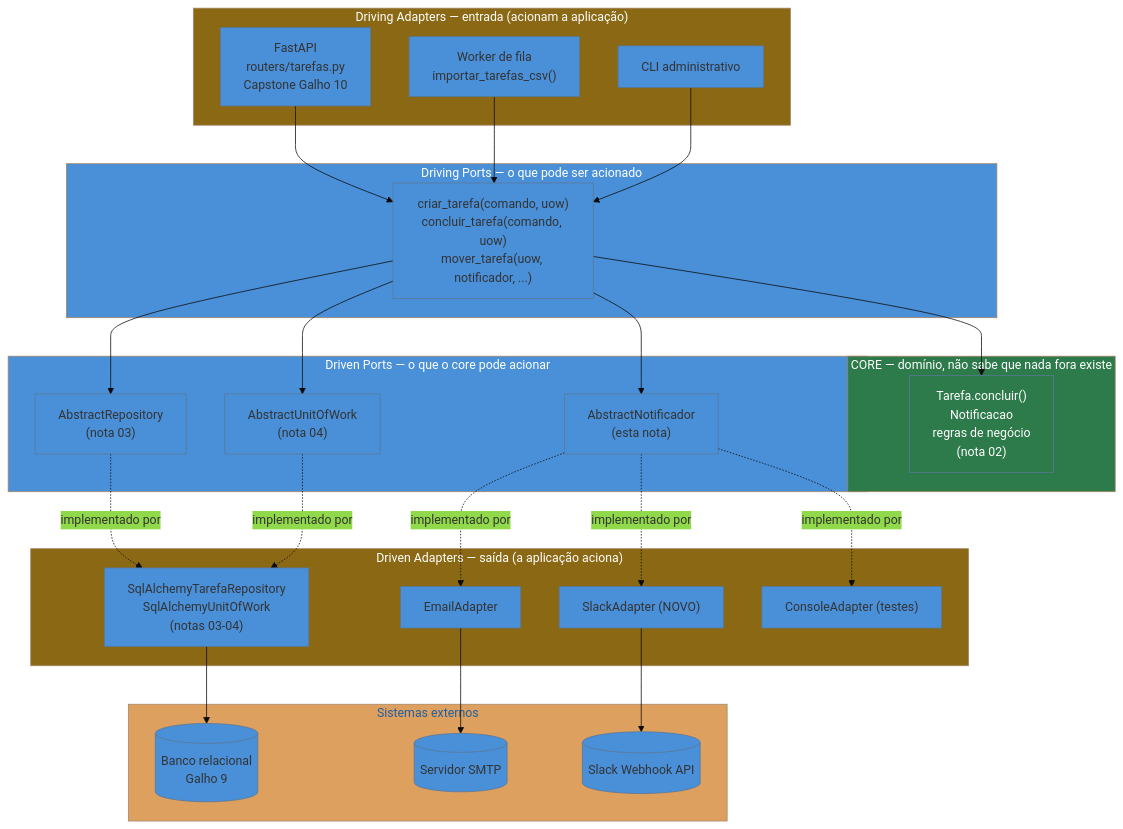
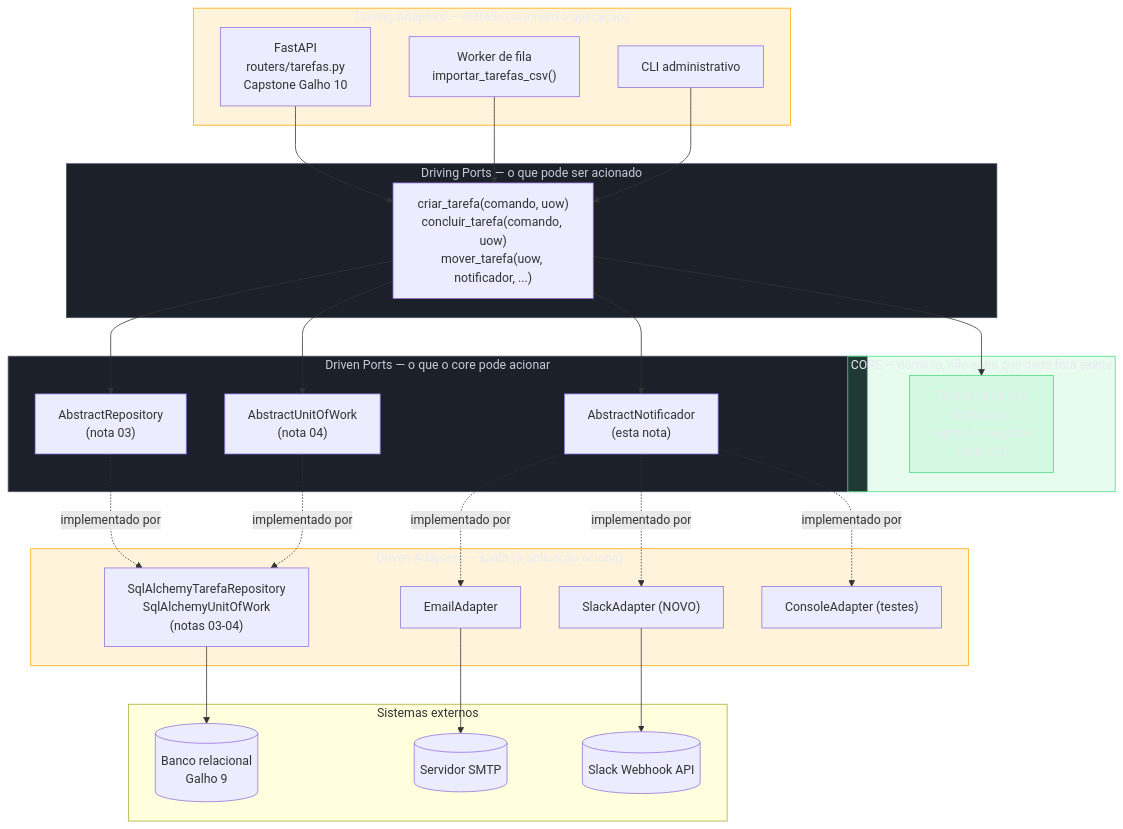
Before and after one commit to josenaldo/codex-technomanticus: the first of 2 diagrams in 03-Dominios/Tecnologia/Python/Arquitetura e Design Patterns/07 - Arquitetura hexagonal e Ports and Adapters em Python.md, drawn with Mermaid. The commit also changed 1181 other files, not shown here.

First line of the commit message:
fix(diagramas): paleta do sistema no lugar de cor cravada no markdown

````diff
--- a/03-Dominios/Tecnologia/Python/Arquitetura e Design Patterns/07 - Arquitetura hexagonal e Ports and Adapters em Python.md
+++ b/03-Dominios/Tecnologia/Python/Arquitetura e Design Patterns/07 - Arquitetura hexagonal e Ports and Adapters em Python.md
@@ -278,61 +278,63 @@
 ```mermaid
-%%{init: {"theme": "base", "themeVariables": {"primaryColor": "#4A90D9"}}}%%
 flowchart TB
+    classDef ok fill:#4ADE8021,stroke:#4ADE80,color:#E9ECF2
+    classDef neutro fill:#1B2029,stroke:#4E5666,color:#C6CCD8
+    classDef destaque fill:#FFAA0024,stroke:#FFAA00,color:#E9ECF2
     subgraph DrivingAdapters["Driving Adapters — entrada (acionam a aplicação)"]
         HTTP["FastAPI\nrouters/tarefas.py\nCapstone Galho 10"]
         WORKER["Worker de fila\nimportar_tarefas_csv()"]
         CLI["CLI administrativo"]
     end
 
     subgraph DrivingPorts["Driving Ports — o que pode ser acionado"]
         UC["criar_tarefa(comando, uow)\nconcluir_tarefa(comando, uow)\nmover_tarefa(uow, notificador, ...)"]
     end
 
     subgraph Core["CORE — domínio, não sabe que nada fora existe"]
         ENT["Tarefa.concluir()\nNotificacao\nregras de negócio\n(nota 02)"]
     end
 
     subgraph DrivenPorts["Driven Ports — o que o core pode acionar"]
         REPO_PORT["AbstractRepository\n(nota 03)"]
         UOW_PORT["AbstractUnitOfWork\n(nota 04)"]
         NOTIF_PORT["AbstractNotificador\n(esta nota)"]
     end
 
     subgraph DrivenAdapters["Driven Adapters — saída (a aplicação aciona)"]
         SQL["SqlAlchemyTarefaRepository\nSqlAlchemyUnitOfWork\n(notas 03-04)"]
         EMAIL["EmailAdapter"]
         SLACK["SlackAdapter (NOVO)"]
         CONSOLE["ConsoleAdapter (testes)"]
     end
 
     subgraph Storage["Sistemas externos"]
         DB[("Banco relacional\nGalho 9")]
         SMTP[("Servidor SMTP")]
         SLACKAPI[("Slack Webhook API")]
     end
 
     HTTP --> UC
     WORKER --> UC
     CLI --> UC
     UC --> ENT
     UC --> REPO_PORT
     UC --> UOW_PORT
     UC --> NOTIF_PORT
 
     REPO_PORT -.->|implementado por| SQL
     UOW_PORT -.->|implementado por| SQL
     NOTIF_PORT -.->|implementado por| EMAIL
     NOTIF_PORT -.->|implementado por| SLACK
     NOTIF_PORT -.->|implementado por| CONSOLE
 
     SQL --> DB
     EMAIL --> SMTP
     SLACK --> SLACKAPI
 
-    style Core fill:#2d7a4a,color:#fff
-    style ENT fill:#2d7a4a,color:#fff
-    style DrivingPorts fill:#4A90D9,color:#fff
-    style DrivenPorts fill:#4A90D9,color:#fff
-    style DrivingAdapters fill:#8b6914,color:#fff
-    style DrivenAdapters fill:#8b6914,color:#fff
+    class Core ok
+    class ENT ok
+    class DrivingPorts neutro
+    class DrivenPorts neutro
+    class DrivingAdapters destaque
+    class DrivenAdapters destaque
 ```
````
